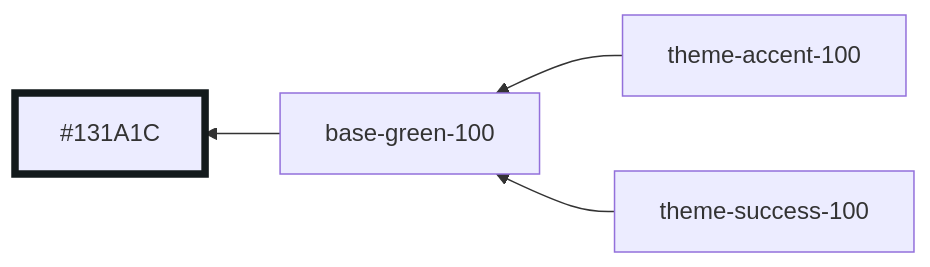
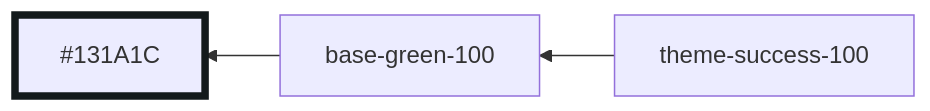
One commit to oxidecomputer/design-system changed the first of 51 diagrams in styles/dist/red.md. Above: the diagram before and after it, drawn with Mermaid. The commit also changed other lines of this file and 2 other files, not shown here.

Commit message:
Fix red theme

````diff
--- a/styles/dist/red.md
+++ b/styles/dist/red.md
@@ -7,8 +7,7 @@
 ```mermaid
 graph RL
   base-green-100 --> #131A1C:::base-green-100
-  theme-accent-100 --> base-green-100
   theme-success-100 --> base-green-100
 
 	classDef base-green-100 stroke-width:5,stroke:#131A1C
 ```
````
